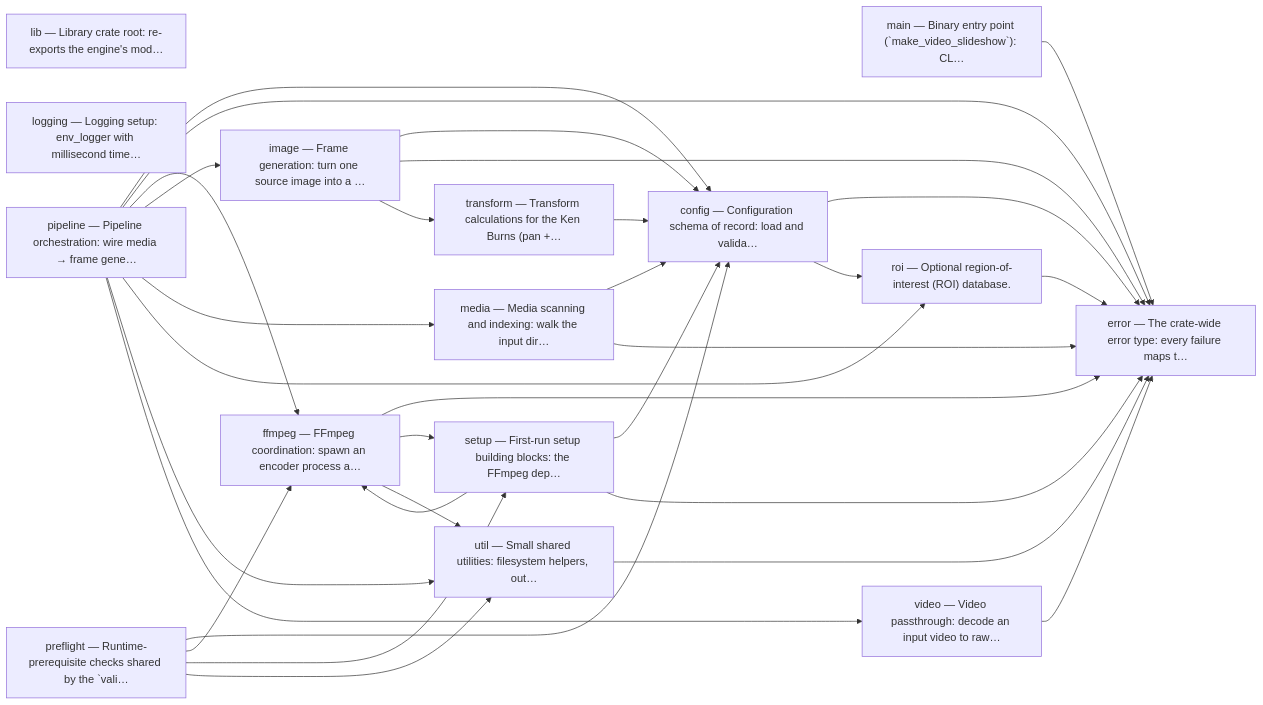
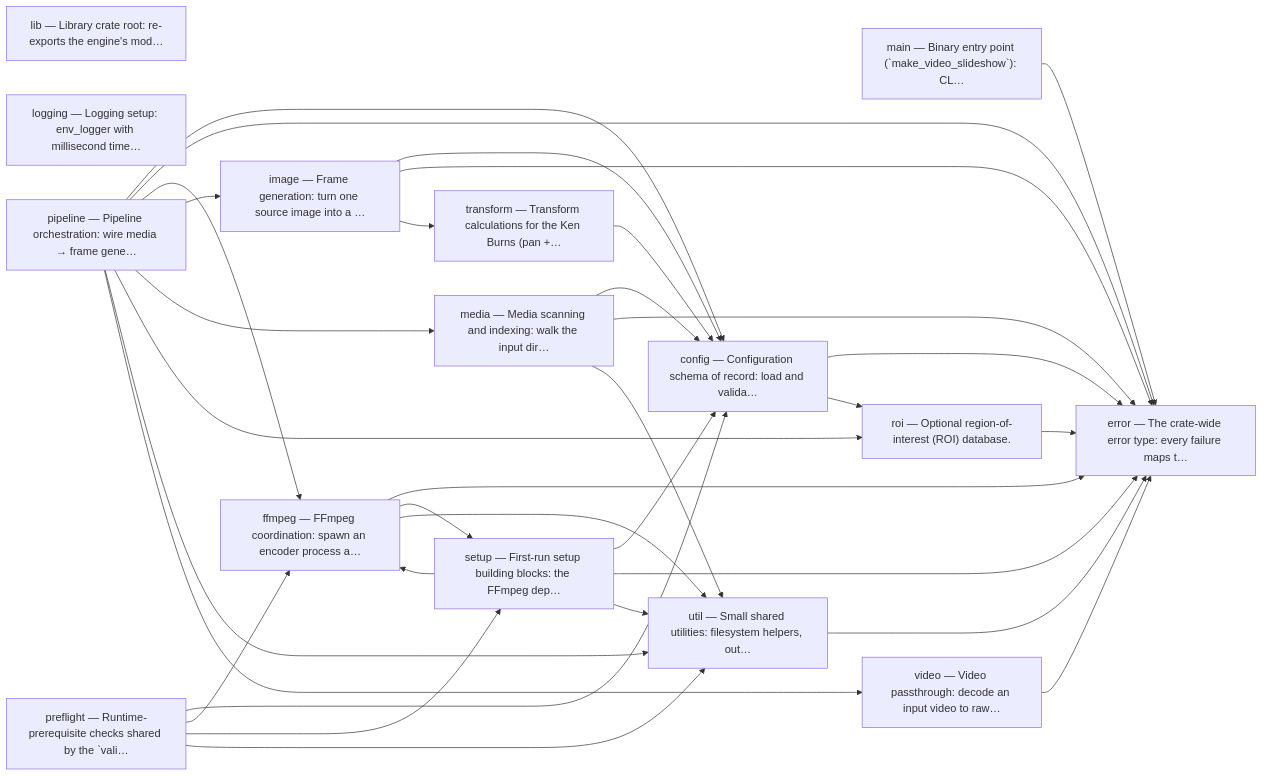
One commit to AuroLeap/Pictures2VideoSlideShow changed the sixth of 6 diagrams in docs/architecture.md. Above: the diagram before and after it, drawn with Mermaid. The commit also changed other lines of this file and 12 other files, not shown here.

````diff
--- a/docs/architecture.md
+++ b/docs/architecture.md
@@ -169,48 +169,50 @@
 ```mermaid
 graph LR
     m_config["config — Configuration schema of record: load and valida…"]
     m_error["error — The crate-wide error type: every failure maps t…"]
     m_ffmpeg["ffmpeg — FFmpeg coordination: spawn an encoder process a…"]
     m_image["image — Frame generation: turn one source image into a …"]
     m_lib["lib — Library crate root: re-exports the engine's mod…"]
     m_logging["logging — Logging setup: env_logger with millisecond time…"]
     m_main["main — Binary entry point (`make_video_slideshow`): CL…"]
     m_media["media — Media scanning and indexing: walk the input dir…"]
     m_pipeline["pipeline — Pipeline orchestration: wire media → frame gene…"]
     m_preflight["preflight — Runtime-prerequisite checks shared by the `vali…"]
     m_roi["roi — Optional region-of-interest (ROI) database."]
     m_setup["setup — First-run setup building blocks: the FFmpeg dep…"]
     m_transform["transform — Transform calculations for the Ken Burns (pan +…"]
     m_util["util — Small shared utilities: filesystem helpers, out…"]
     m_video["video — Video passthrough: decode an input video to raw…"]
     m_config --> m_error
     m_config --> m_roi
     m_ffmpeg --> m_error
     m_ffmpeg --> m_setup
     m_ffmpeg --> m_util
     m_image --> m_config
     m_image --> m_error
     m_image --> m_transform
     m_main --> m_error
     m_media --> m_config
     m_media --> m_error
+    m_media --> m_util
     m_pipeline --> m_config
     m_pipeline --> m_error
     m_pipeline --> m_ffmpeg
     m_pipeline --> m_image
     m_pipeline --> m_media
     m_pipeline --> m_roi
     m_pipeline --> m_util
     m_pipeline --> m_video
     m_preflight --> m_config
     m_preflight --> m_ffmpeg
     m_preflight --> m_setup
     m_preflight --> m_util
     m_roi --> m_error
     m_setup --> m_config
     m_setup --> m_error
     m_setup --> m_ffmpeg
+    m_setup --> m_util
     m_transform --> m_config
     m_util --> m_error
     m_video --> m_error
 ```
````
